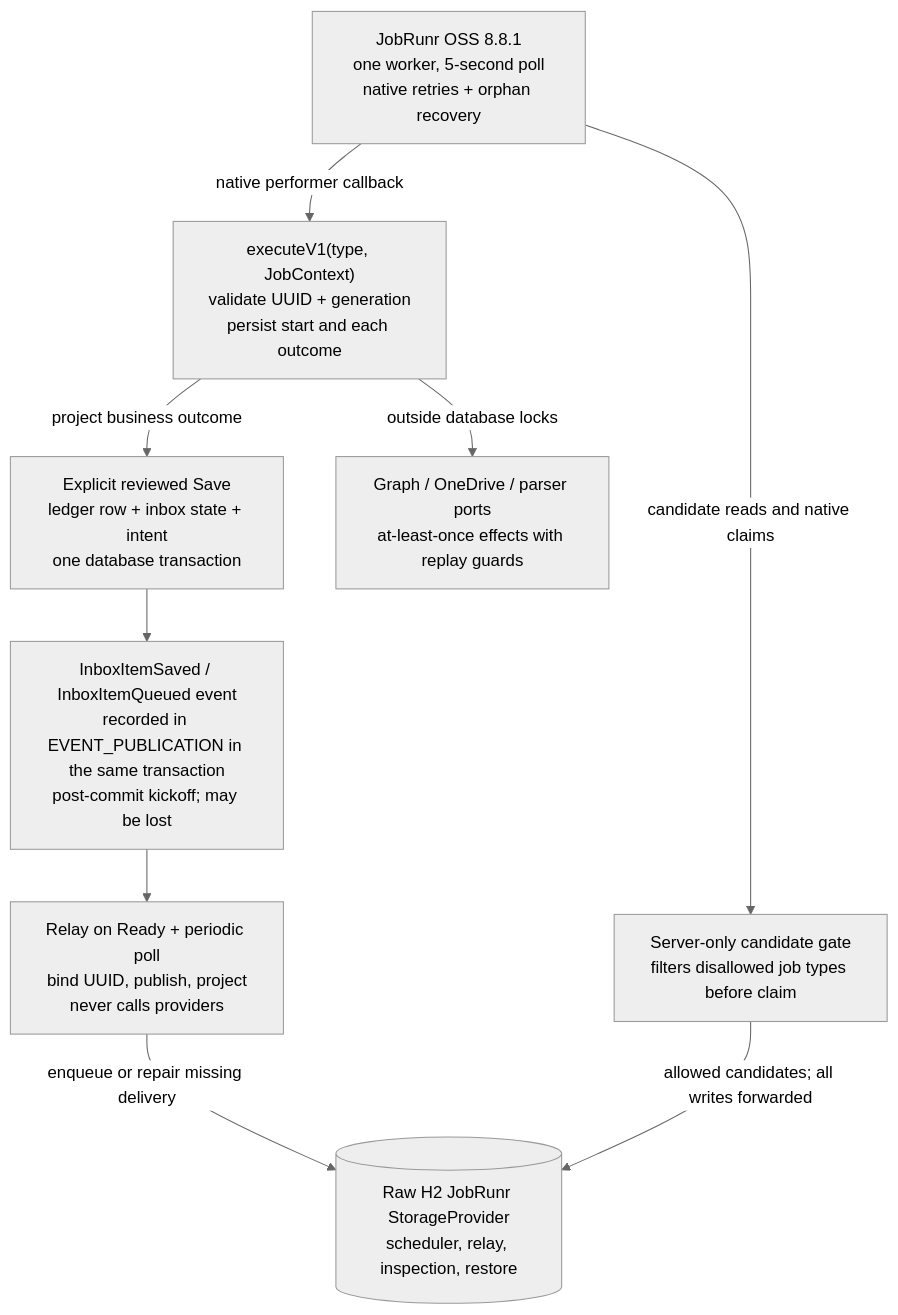
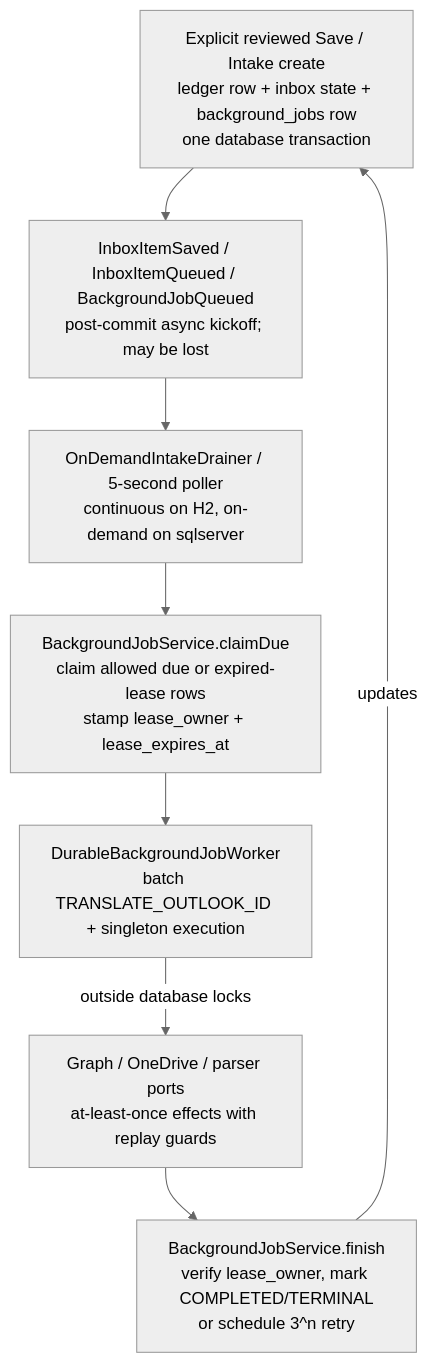
The third of 3 diagrams in diagrams/architecture.md (jinloes/bookie), drawn with Mermaid (neutral theme) before and after one commit. The commit also changed other lines of this file and 473 other files, not shown here.

First line of the commit message:
Simplify architecture, upgrade to Spring Boot 4.1, and refine UX and SSE

````diff
--- a/diagrams/architecture.md
+++ b/diagrams/architecture.md
@@ -119,20 +119,18 @@
 ```mermaid
 flowchart TB
-  Save["Explicit reviewed Save<br/>ledger row + inbox state + intent<br/>one database transaction"]
-  Hint["InboxItemSaved / InboxItemQueued event<br/>recorded in EVENT_PUBLICATION in the same transaction<br/>post-commit kickoff; may be lost"]
-  Relay["Relay on Ready + periodic poll<br/>bind UUID, publish, project<br/>never calls providers"]
-  Raw[("Raw H2 JobRunr StorageProvider<br/>scheduler, relay, inspection, restore")]
-  Gate["Server-only candidate gate<br/>filters disallowed job types before claim"]
-  Engine["JobRunr OSS 8.8.1<br/>one worker, 5-second poll<br/>native retries + orphan recovery"]
-  Callback["executeV1(type, JobContext)<br/>validate UUID + generation<br/>persist start and each outcome"]
+  Save["Explicit reviewed Save / Intake create<br/>ledger row + inbox state + background_jobs row<br/>one database transaction"]
+  Hint["InboxItemSaved / InboxItemQueued / BackgroundJobQueued<br/>post-commit async kickoff; may be lost"]
+  Drainer["OnDemandIntakeDrainer / 5-second poller<br/>continuous on H2, on-demand on sqlserver"]
+  Claim["BackgroundJobService.claimDue<br/>claim allowed due or expired-lease rows<br/>stamp lease_owner + lease_expires_at"]
+  Worker["DurableBackgroundJobWorker<br/>batch TRANSLATE_OUTLOOK_ID + singleton execution"]
   Providers["Graph / OneDrive / parser ports<br/>at-least-once effects with replay guards"]
+  Finish["BackgroundJobService.finish<br/>verify lease_owner, mark COMPLETED/TERMINAL<br/>or schedule 3^n retry"]
 
   Save --> Hint
-  Hint --> Relay
-  Relay -->|enqueue or repair missing delivery| Raw
-  Engine -->|candidate reads and native claims| Gate
-  Gate -->|allowed candidates; all writes forwarded| Raw
-  Engine -->|native performer callback| Callback
-  Callback -->|outside database locks| Providers
-  Callback -->|project business outcome| Save
+  Hint --> Drainer
+  Drainer --> Claim
+  Claim --> Worker
+  Worker -->|outside database locks| Providers
+  Providers --> Finish
+  Finish -->|updates| Save
 ```
````
